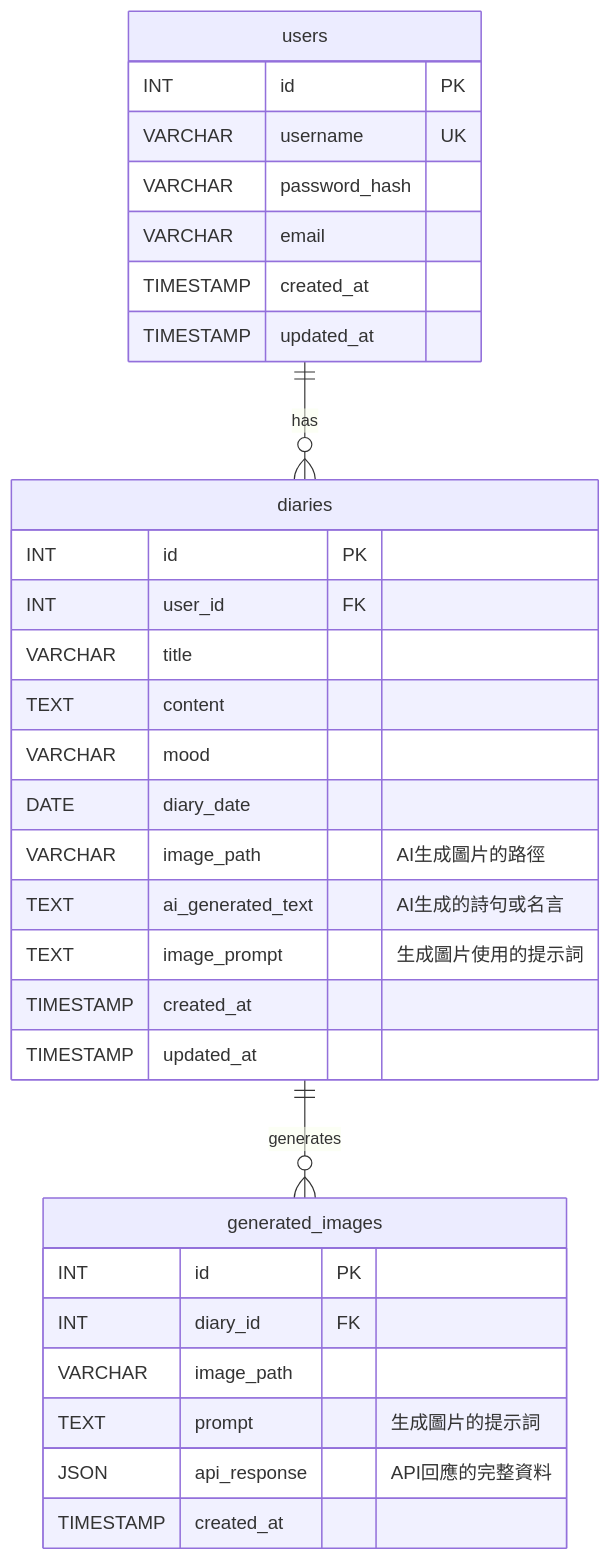
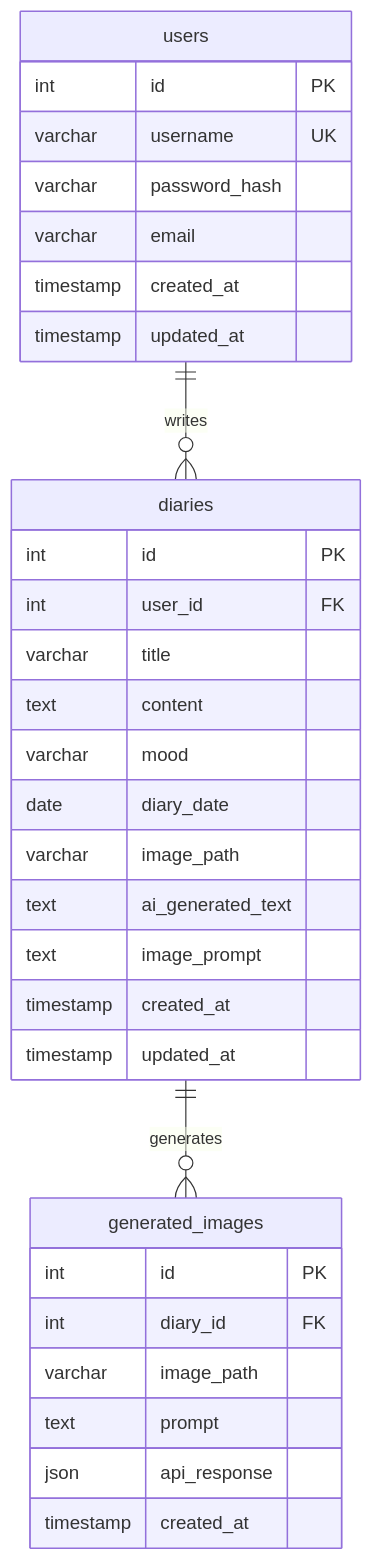
One commit to BB5566/MoodCanvas changed the second of 2 diagrams in README.md. Above: the diagram before and after it, drawn with Mermaid. The commit also changed other lines of this file and 245 other files, not shown here.

````diff
--- a/README.md
+++ b/README.md
@@ -66,37 +296,37 @@
 ```mermaid
 erDiagram
-    users ||--o{ diaries : "has"
-    diaries ||--o{ generated_images : "generates"
-
     users {
-        INT id PK
-        VARCHAR username UK
-        VARCHAR password_hash
-        VARCHAR email
-        TIMESTAMP created_at
-        TIMESTAMP updated_at
+        int id PK
+        varchar username UK
+        varchar password_hash
+        varchar email
+        timestamp created_at
+        timestamp updated_at
     }
 
     diaries {
-        INT id PK
-        INT user_id FK
-        VARCHAR title
-        TEXT content
-        VARCHAR mood
-        DATE diary_date
-        VARCHAR image_path "AI生成圖片的路徑"
-        TEXT ai_generated_text "AI生成的詩句或名言"
-        TEXT image_prompt "生成圖片使用的提示詞"
-        TIMESTAMP created_at
-        TIMESTAMP updated_at
+        int id PK
+        int user_id FK
+        varchar title
+        text content
+        varchar mood
+        date diary_date
+        varchar image_path
+        text ai_generated_text
+        text image_prompt
+        timestamp created_at
+        timestamp updated_at
     }
 
     generated_images {
-        INT id PK
-        INT diary_id FK
-        VARCHAR image_path
-        TEXT prompt "生成圖片的提示詞"
-        JSON api_response "API回應的完整資料"
-        TIMESTAMP created_at
+        int id PK
+        int diary_id FK
+        varchar image_path
+        text prompt
+        json api_response
+        timestamp created_at
     }
+
+    users ||--o{ diaries : writes
+    diaries ||--o{ generated_images : generates
 ```
````
